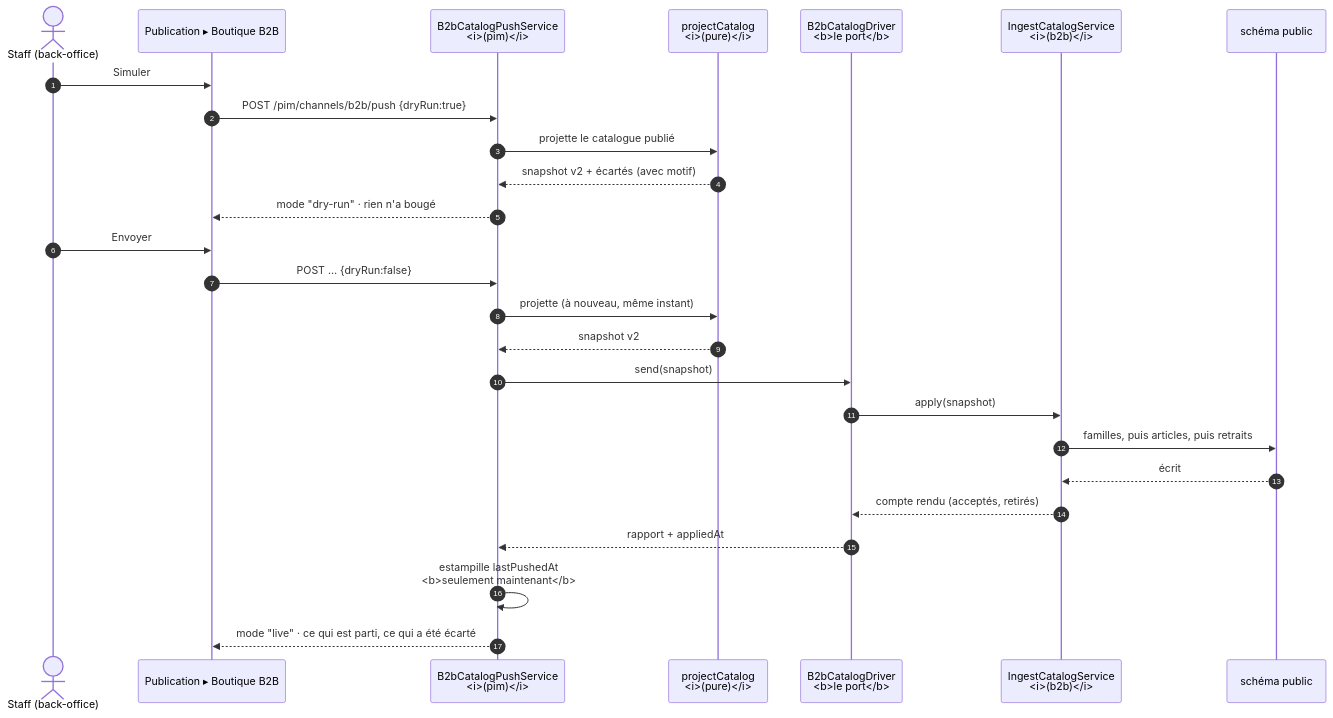
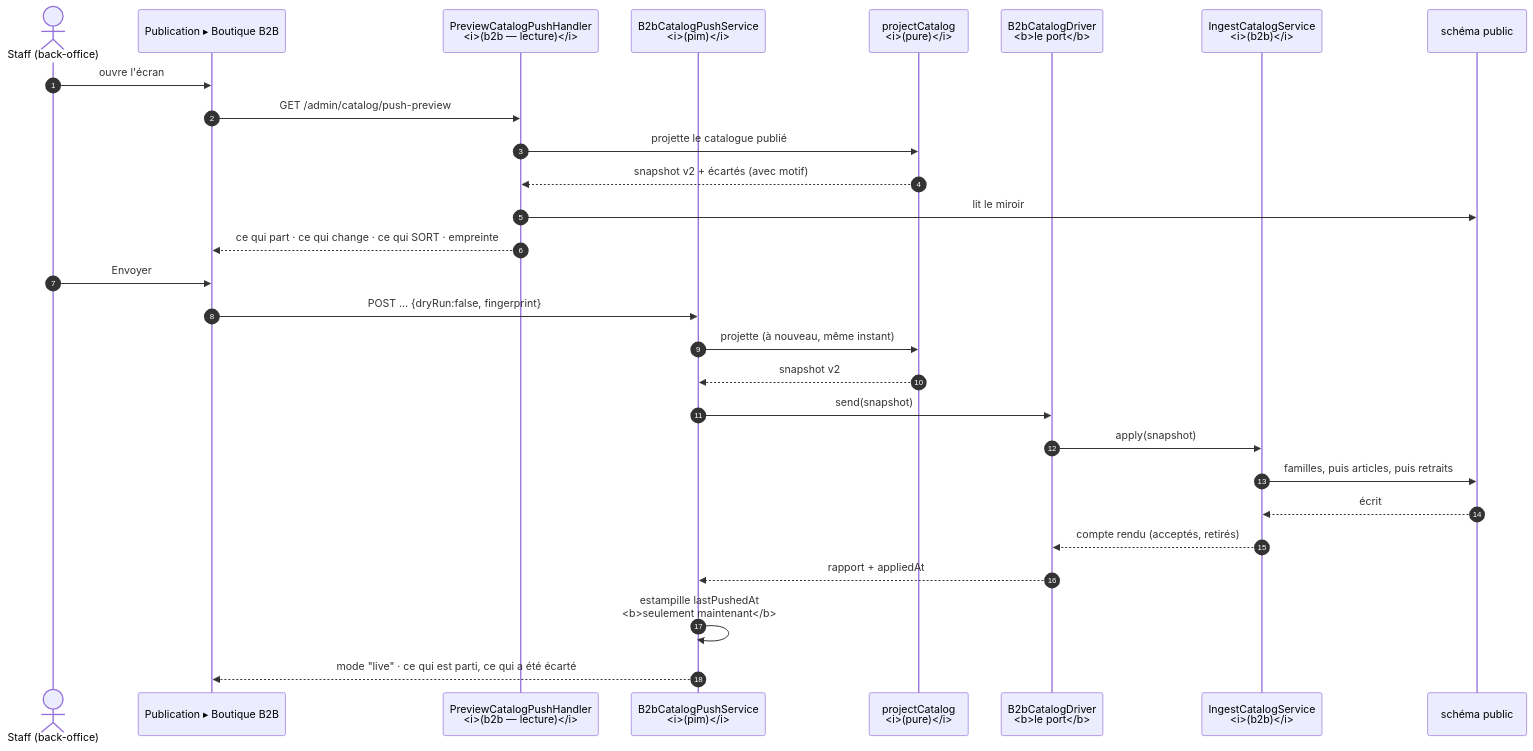
The second of 5 diagrams in documentation/b2b/push-catalogue-pim-vers-boutique.md (hugoheynard/lfd), drawn with Mermaid before and after one commit. The commit also changed other lines of this file and 19 other files, not shown here.

First line of the commit message:
feat(pim): regarder ce qui va partir devient une lecture, et voit les retraits

````diff
--- a/documentation/b2b/push-catalogue-pim-vers-boutique.md
+++ b/documentation/b2b/push-catalogue-pim-vers-boutique.md
@@ -69,30 +69,32 @@
 ```mermaid
 sequenceDiagram
     autonumber
     actor S as Staff (back-office)
     participant UI as Publication ▸ Boutique B2B
+    participant PV as PreviewCatalogPushHandler<br/><i>(b2b — lecture)</i>
     participant PU as B2bCatalogPushService<br/><i>(pim)</i>
     participant PR as projectCatalog<br/><i>(pure)</i>
     participant DR as B2bCatalogDriver<br/><b>le port</b>
     participant IN as IngestCatalogService<br/><i>(b2b)</i>
     participant DB as schéma public
 
-    S->>UI: Simuler
-    UI->>PU: POST /pim/channels/b2b/push {dryRun:true}
-    PU->>PR: projette le catalogue publié
-    PR-->>PU: snapshot v2 + écartés (avec motif)
-    PU-->>UI: mode "dry-run" · rien n'a bougé
+    S->>UI: ouvre l'écran
+    UI->>PV: GET /admin/catalog/push-preview
+    PV->>PR: projette le catalogue publié
+    PR-->>PV: snapshot v2 + écartés (avec motif)
+    PV->>DB: lit le miroir
+    PV-->>UI: ce qui part · ce qui change · ce qui SORT · empreinte
 
     S->>UI: Envoyer
-    UI->>PU: POST … {dryRun:false}
+    UI->>PU: POST … {dryRun:false, fingerprint}
     PU->>PR: projette (à nouveau, même instant)
     PR-->>PU: snapshot v2
     PU->>DR: send(snapshot)
     DR->>IN: apply(snapshot)
     IN->>DB: familles, puis articles, puis retraits
     DB-->>IN: écrit
     IN-->>DR: compte rendu (acceptés, retirés)
     DR-->>PU: rapport + appliedAt
     PU->>PU: estampille lastPushedAt<br/><b>seulement maintenant</b>
     PU-->>UI: mode "live" · ce qui est parti, ce qui a été écarté
 ```
````
